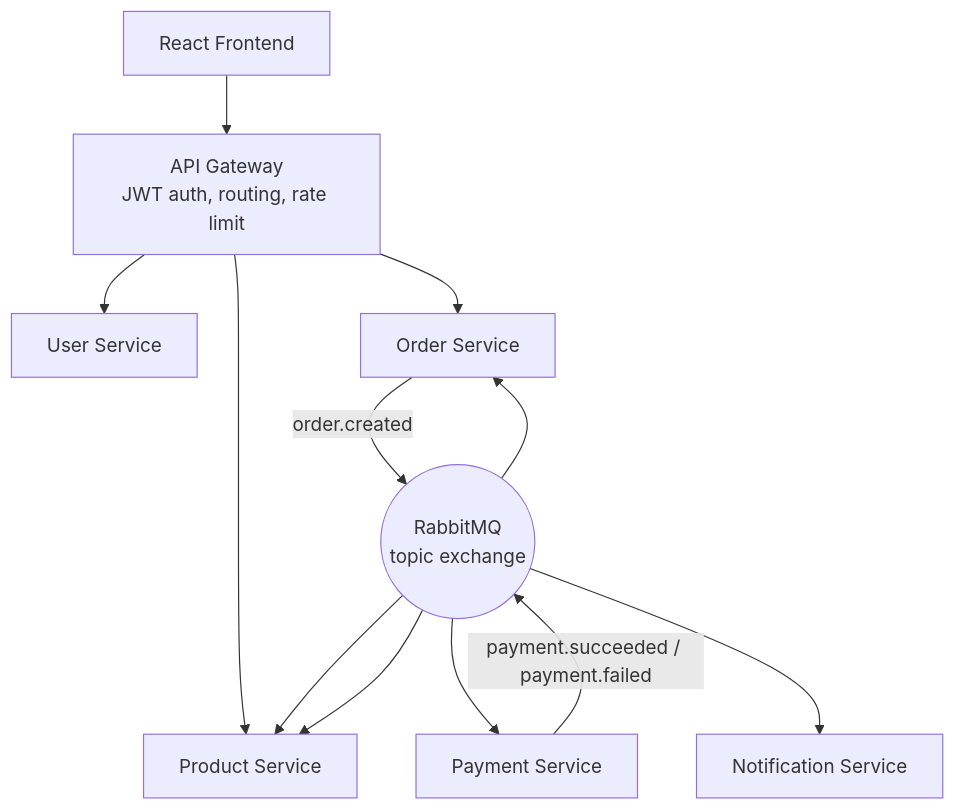
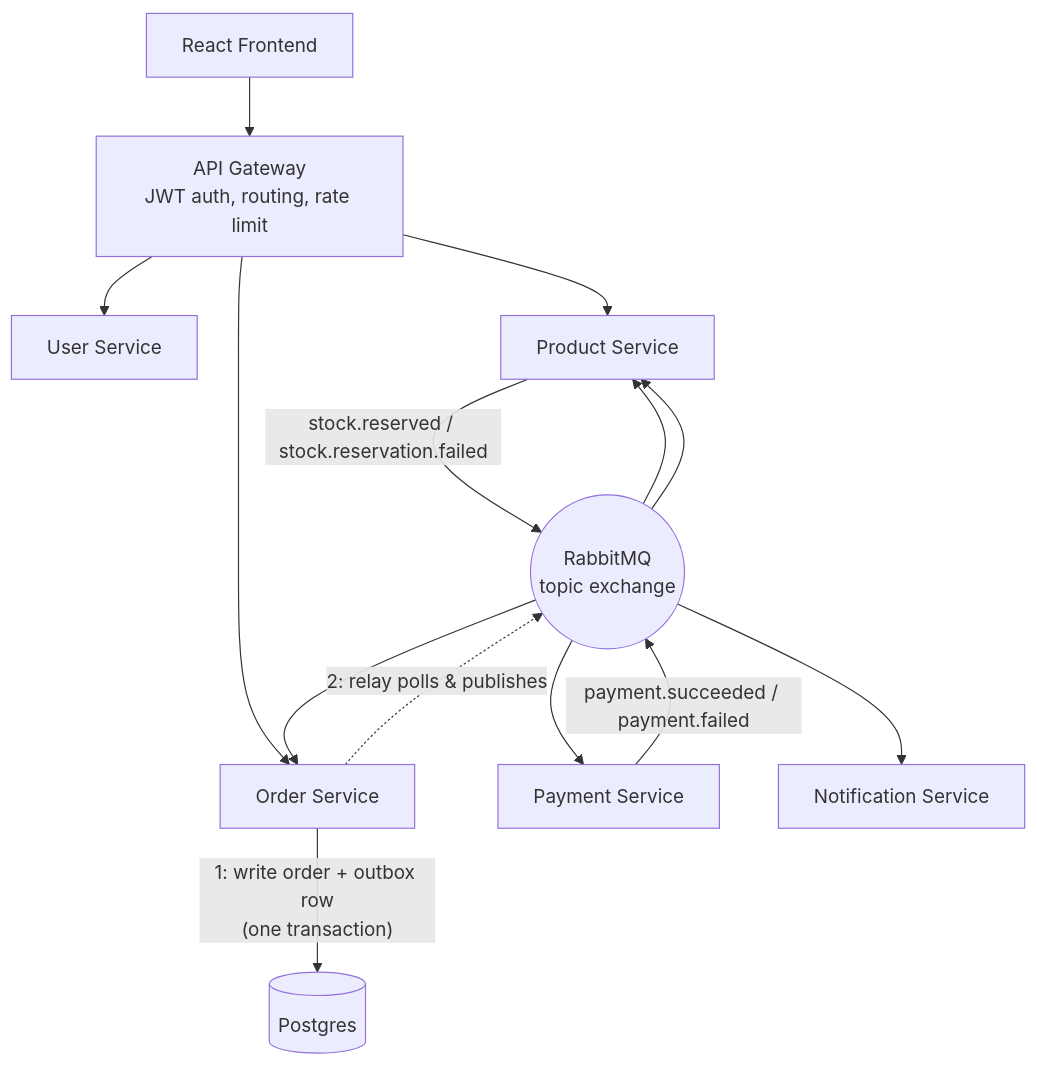
One commit to anurag39-p/Event-driven-e-commerce-system-with-microservices changed the first of 5 diagrams in ARCHITECTURE.md. Above: the diagram before and after it, drawn with Mermaid. The commit also changed other lines of this file and 21 other files, not shown here.

````diff
--- a/ARCHITECTURE.md
+++ b/ARCHITECTURE.md
@@ -12,16 +12,18 @@
 ```mermaid
 flowchart TD
     Client[React Frontend] --> Gateway[API Gateway<br/>JWT auth, routing, rate limit]
     Gateway --> UserSvc[User Service]
     Gateway --> ProductSvc[Product Service]
     Gateway --> OrderSvc[Order Service]
 
-    OrderSvc -- "order.created" --> Bus((RabbitMQ<br/>topic exchange))
+    OrderSvc -- "1: write order + outbox row<br/>(one transaction)" --> PG[(Postgres)]
+    OrderSvc -. "2: relay polls & publishes" .-> Bus((RabbitMQ<br/>topic exchange))
     Bus --> PaymentSvc[Payment Service]
     Bus --> ProductSvc
 
     PaymentSvc -- "payment.succeeded / payment.failed" --> Bus
+    ProductSvc -- "stock.reserved / stock.reservation.failed" --> Bus
     Bus --> OrderSvc
     Bus --> ProductSvc
     Bus --> NotificationSvc[Notification Service]
 ```
````
